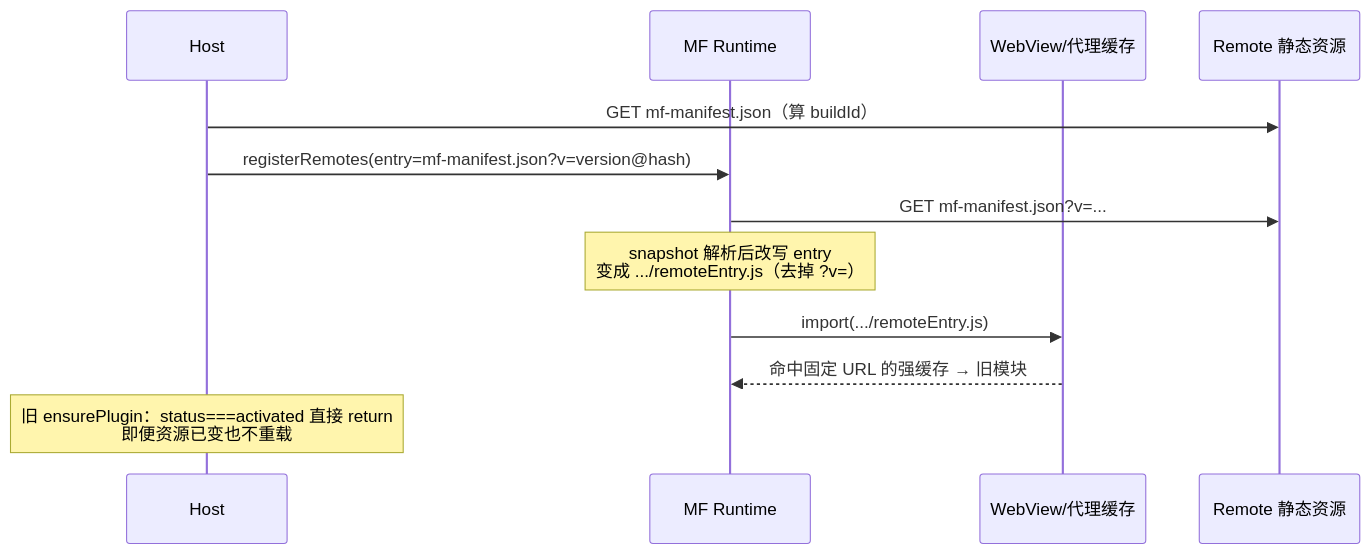
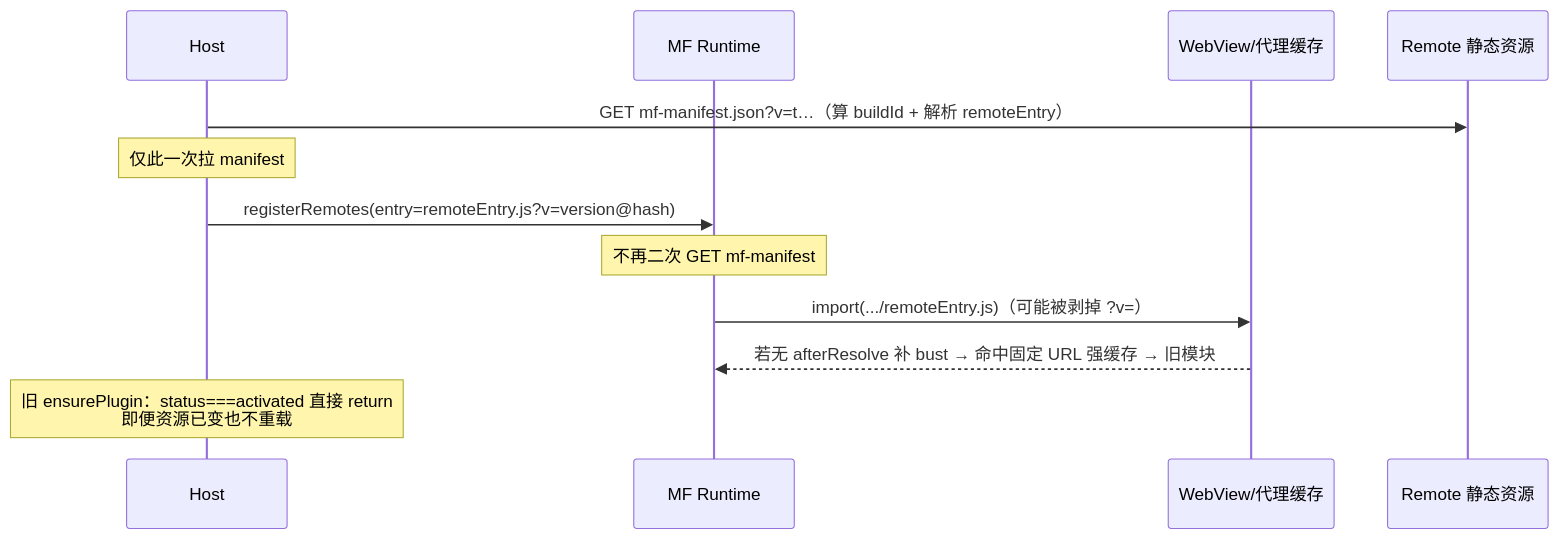
Before and after one commit to dnhyxc/dnhyxc-ai: the third of 6 diagrams in apps/frontend/src/plugins/docs/mf-implementation-guide.md, drawn with Mermaid. The commit also changed other lines of this file and 11 other files, not shown here.

````diff
--- a/apps/frontend/src/plugins/docs/mf-implementation-guide.md
+++ b/apps/frontend/src/plugins/docs/mf-implementation-guide.md
@@ -2545,15 +2623,15 @@
 ```mermaid
 sequenceDiagram
   participant Host
   participant MF as MF Runtime
   participant Net as WebView/代理缓存
   participant CDN as Remote 静态资源
 
-  Host->>CDN: GET mf-manifest.json（算 buildId）
-  Host->>MF: registerRemotes(entry=mf-manifest.json?v=version@hash)
-  MF->>CDN: GET mf-manifest.json?v=...
-  Note over MF: snapshot 解析后改写 entry<br/>变成 .../remoteEntry.js（去掉 ?v=）
-  MF->>Net: import(.../remoteEntry.js)
-  Net-->>MF: 命中固定 URL 的强缓存 → 旧模块
+  Host->>CDN: GET mf-manifest.json?v=t…（算 buildId + 解析 remoteEntry）
+  Note over Host: 仅此一次拉 manifest
+  Host->>MF: registerRemotes(entry=remoteEntry.js?v=version@hash)
+  Note over MF: 不再二次 GET mf-manifest
+  MF->>Net: import(.../remoteEntry.js)（可能被剥掉 ?v=）
+  Net-->>MF: 若无 afterResolve 补 bust → 命中固定 URL 强缓存 → 旧模块
   Note over Host: 旧 ensurePlugin：status===activated 直接 return<br/>即便资源已变也不重载
 ```
````
